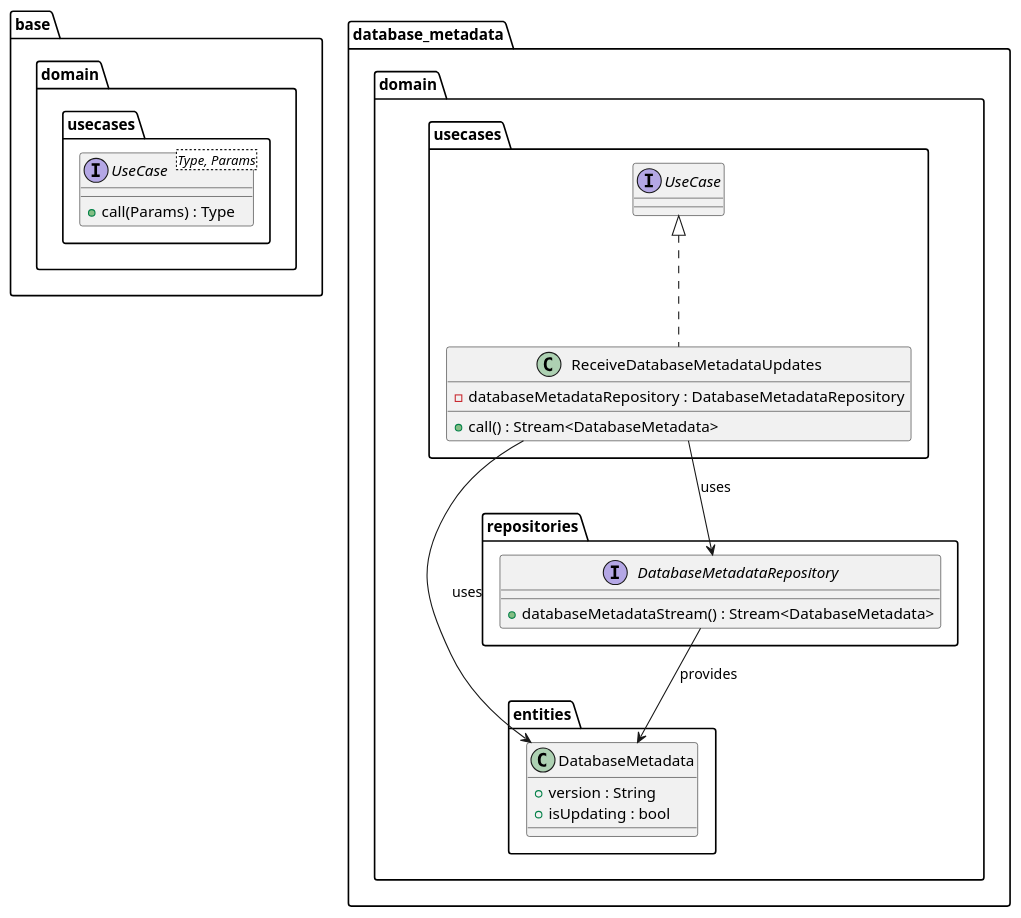
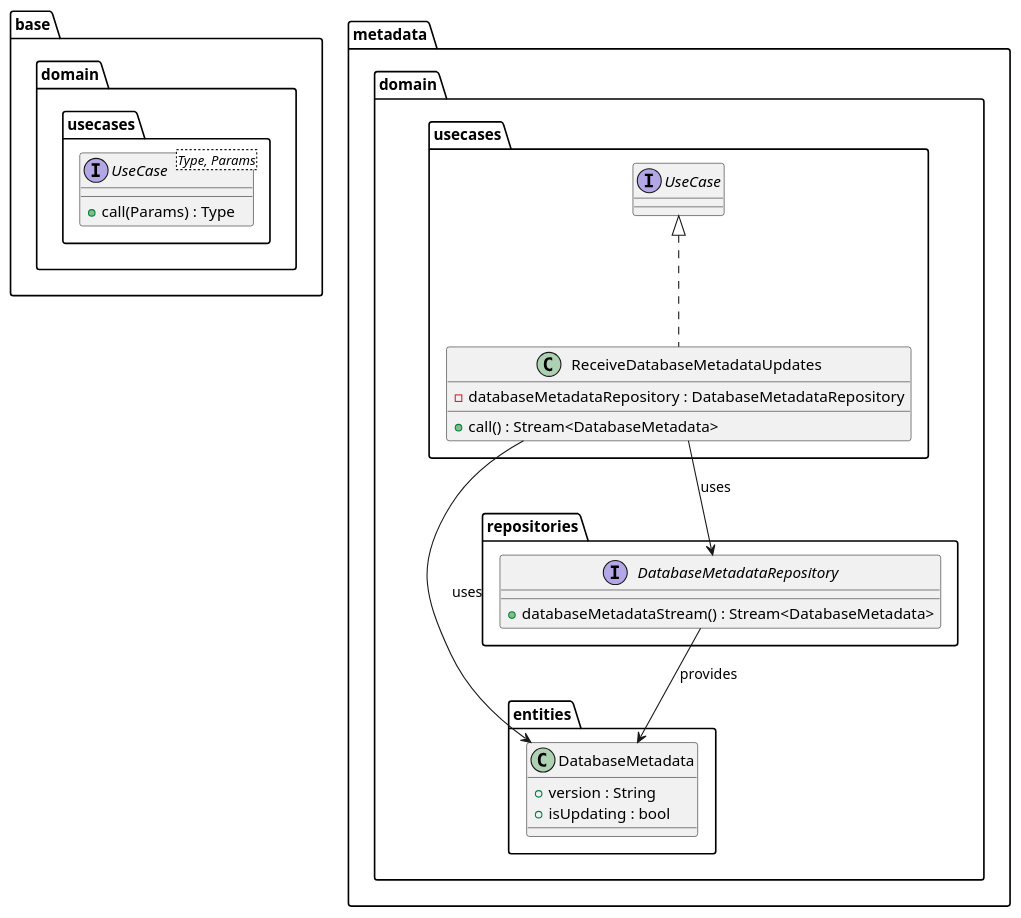
One commit to Flank/flank-dashboard changed the diagram in metrics/web/docs/features/database_metadata/diagrams/metadata_domain_class_diagram.puml. Above: the diagram before and after it, drawn with PlantUML. The commit also changed 3 other files, not shown here.

```diff
--- a/metrics/web/docs/features/database_metadata/diagrams/metadata_domain_class_diagram.puml
+++ b/metrics/web/docs/features/database_metadata/diagrams/metadata_domain_class_diagram.puml
@@ -1,38 +1,38 @@
 @startuml metadata_domain_class_diagram
 
 package base.domain.usecases {
     interface UseCase<Type, Params> {
         + call(Params) : Type
     }
 }
 
-package database_metadata.domain {
+package metadata.domain {
     package entities {
         class DatabaseMetadata {
             + version : String
             + isUpdating : bool
         }
     }
 
     package repositories {
         interface DatabaseMetadataRepository {
             + databaseMetadataStream() : Stream<DatabaseMetadata>
         }
     }
 
     package usecases {
         class ReceiveDatabaseMetadataUpdates implements UseCase{
             - databaseMetadataRepository : DatabaseMetadataRepository
             + call() : Stream<DatabaseMetadata>
         }
     }
 
 }
 
 ReceiveDatabaseMetadataUpdates --> DatabaseMetadataRepository : uses
 DatabaseMetadataRepository --> DatabaseMetadata : provides
 ReceiveDatabaseMetadataUpdates --> DatabaseMetadata : uses
 
 
 
 @enduml
```
